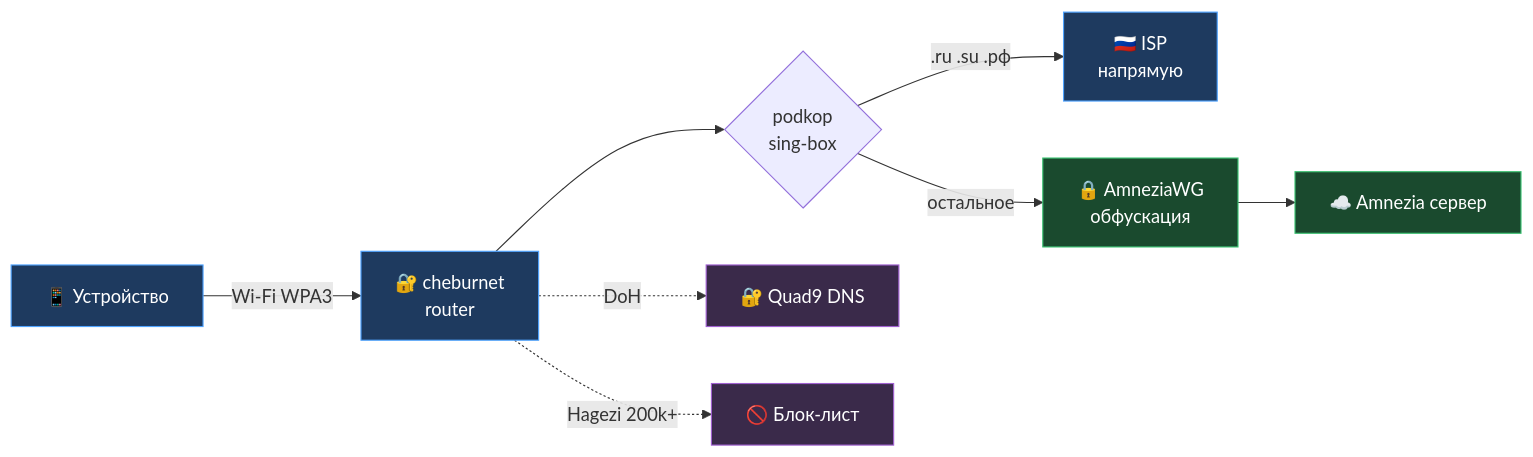
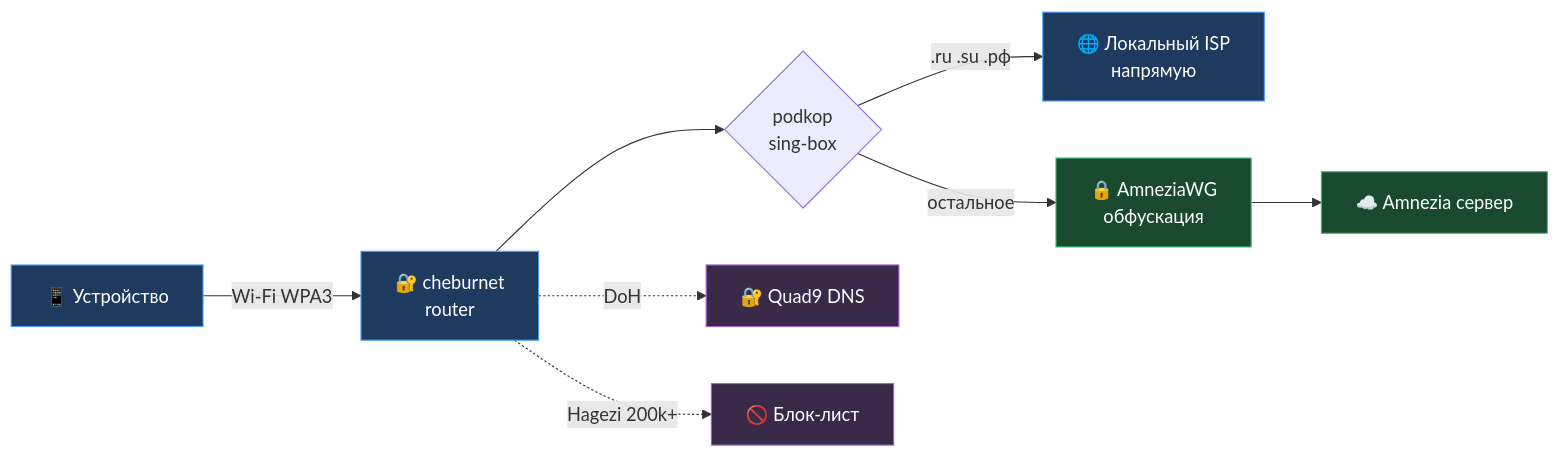
One commit to andreiyurik/cheburnet-router changed the second of 2 diagrams in README.md. Above: the diagram before and after it, drawn with Mermaid. The commit also changed other lines of this file and 4 other files, not shown here.

````diff
--- a/README.md
+++ b/README.md
@@ -204,17 +252,17 @@
 ```mermaid
 flowchart LR
     Phone["📱 Устройство"] -->|Wi-Fi WPA3| Router["🔐 cheburnet<br/>router"]
     Router --> Split{"podkop<br/>sing-box"}
-    Split -->|".ru .su .рф"| ISP["🇷🇺 ISP<br/>напрямую"]
+    Split -->|".ru .su .рф"| ISP["🌐 Локальный ISP<br/>напрямую"]
     Split -->|"остальное"| AWG["🔒 AmneziaWG<br/>обфускация"]
     AWG --> Server["☁️ Amnezia сервер"]
     Router -.->|"DoH"| Quad9["🔐 Quad9 DNS"]
     Router -.->|"Hagezi 200k+"| Block["🚫 Блок-лист"]
 
     classDef ru fill:#1e3a5f,stroke:#4fa3ff,color:#fff
     classDef vpn fill:#1a4a2e,stroke:#3bc272,color:#fff
     classDef dns fill:#3a2a4a,stroke:#a060d0,color:#fff
     class Router,Phone,ISP ru
     class AWG,Server vpn
     class Quad9,Block dns
 ```
````
